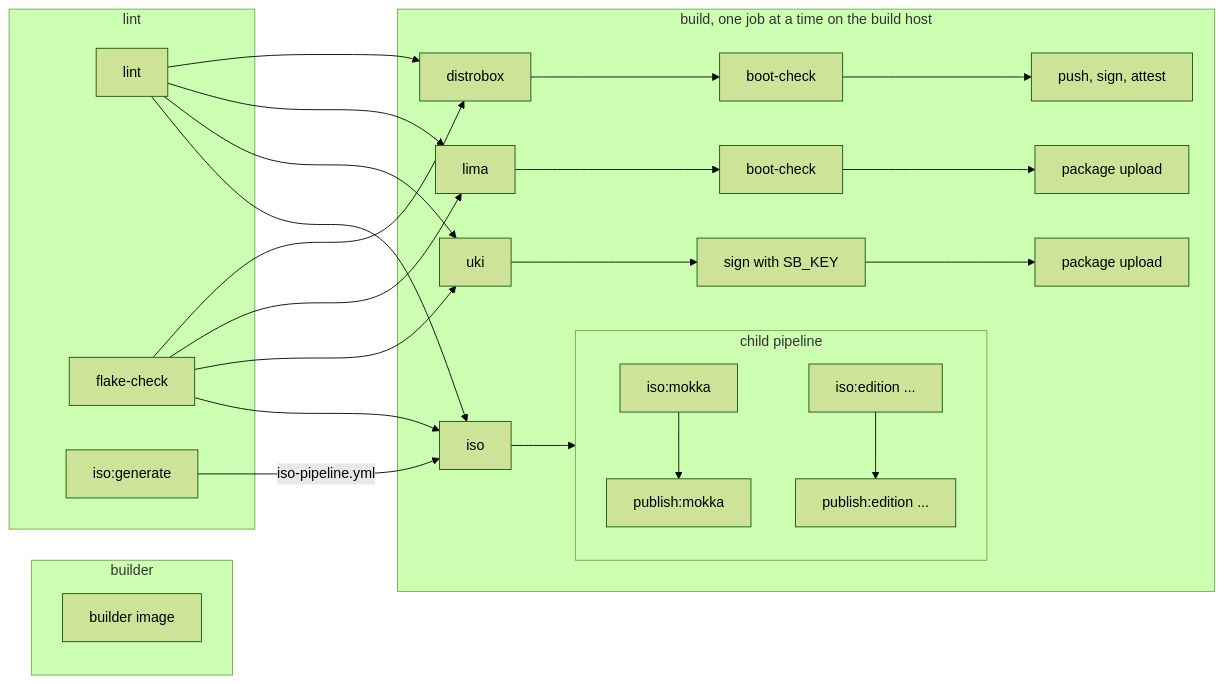
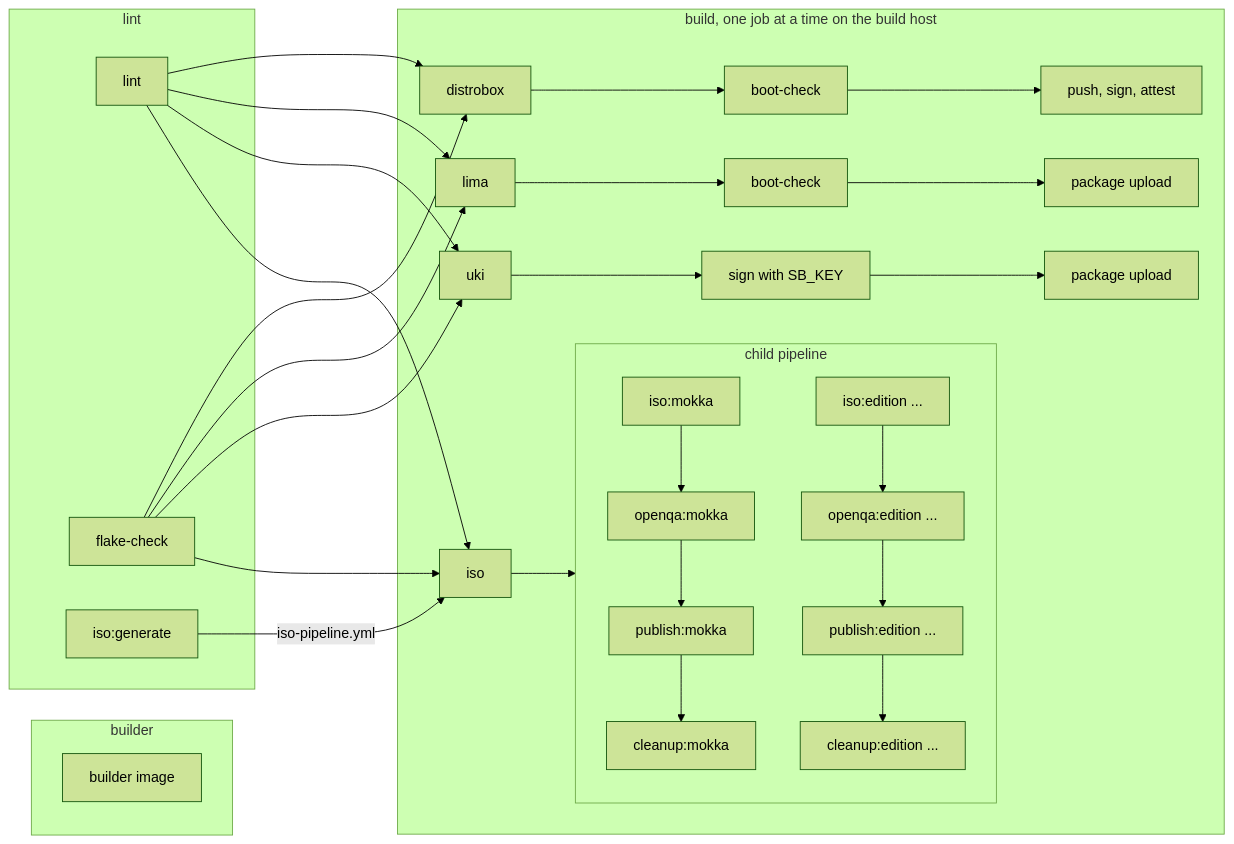
One commit to garuda-linux/image-builder changed the diagram in docs/ci.md. Above: the diagram before and after it, drawn with Mermaid (forest theme). The commit also changed other lines of this file and 5 other files, not shown here.

Commit message:
ci: add openqa gate [build mokka]

````diff
--- a/docs/ci.md
+++ b/docs/ci.md
@@ -50,27 +49,27 @@
 ```mermaid
 flowchart LR
   subgraph s1 [builder]
     builder[builder image]
   end
 
   subgraph s2 [lint]
     lint[lint]
     flake[flake-check]
     generate[iso:generate]
   end
 
   subgraph s3 [build, one job at a time on the build host]
     distrobox[distrobox] --> dcheck[boot-check] --> publish[push, sign, attest]
     lima[lima] --> lcheck[boot-check] --> upload[package upload]
     uki[uki] --> usign[sign with SB_KEY] --> uupload[package upload]
     trigger[iso] --> child
 
     subgraph child [child pipeline]
-      edition1[iso:mokka] --> publish1[publish:mokka]
-      edition2[iso:edition ...] --> publish2[publish:edition ...]
+      edition1[iso:mokka] --> test1[openqa:mokka] --> publish1[publish:mokka] --> cleanup1[cleanup:mokka]
+      edition2[iso:edition ...] --> test2[openqa:edition ...] --> publish2[publish:edition ...] --> cleanup2[cleanup:edition ...]
     end
   end
 
   lint & flake --> distrobox & lima & uki & trigger
   generate -- iso-pipeline.yml --> trigger
 ```
````
